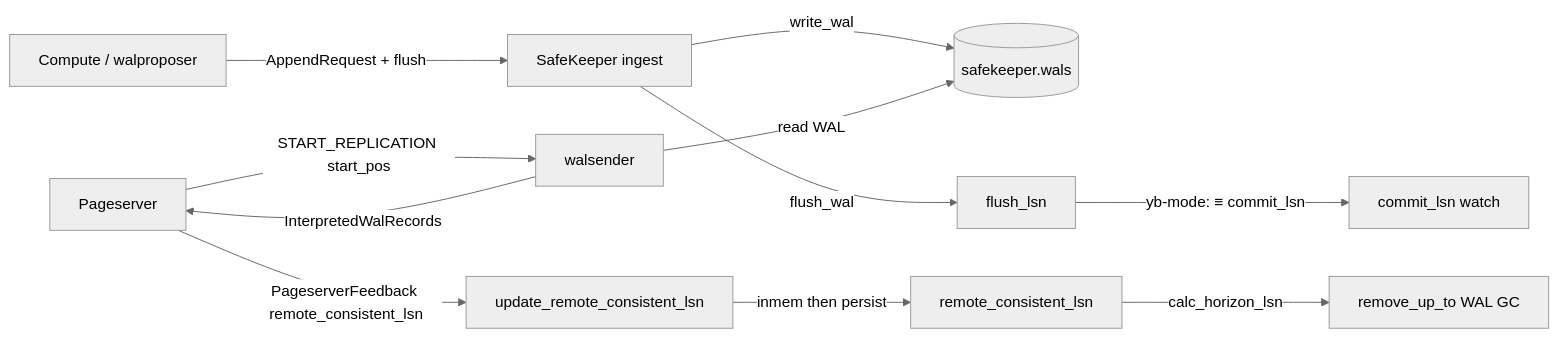
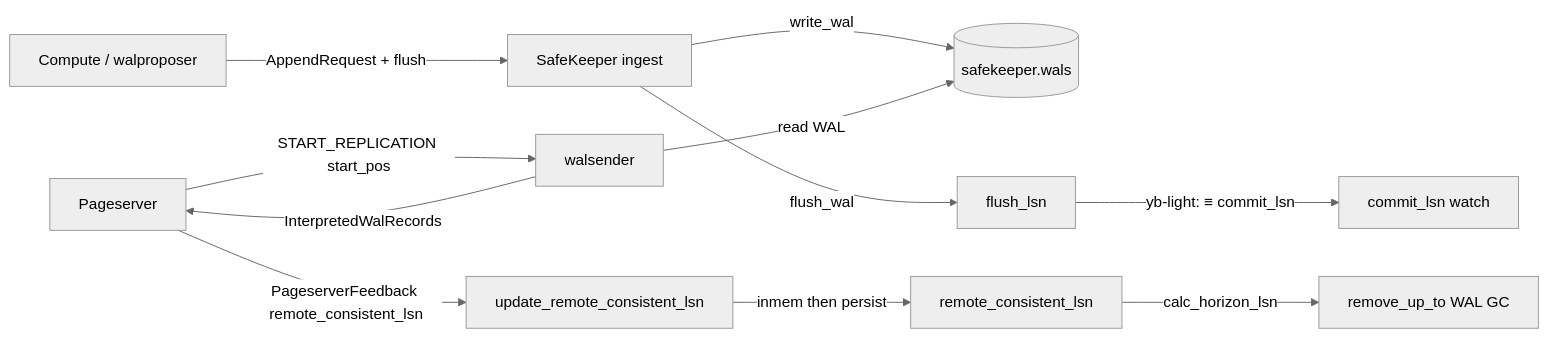
One commit to yugabyte/meko changed the diagram in architecture/safekeeper-lsns.md. Above: the diagram before and after it, drawn with Mermaid (neutral theme). The commit also changed other lines of this file and 35 other files, not shown here.

First line of the commit message:
docs: say "yb-light", not "yb-mode", in comments and docs

````diff
--- a/architecture/safekeeper-lsns.md
+++ b/architecture/safekeeper-lsns.md
@@ -25,13 +25,13 @@
 ```mermaid
 flowchart LR
     COMP[Compute / walproposer] -->|AppendRequest + flush| SK_ING[SafeKeeper ingest]
     SK_ING -->|write_wal| YB_WAL[(safekeeper.wals)]
     SK_ING -->|flush_wal| FL[flush_lsn]
-    FL -->|yb-mode: ≡ commit_lsn| COMM[commit_lsn watch]
+    FL -->|yb-light: ≡ commit_lsn| COMM[commit_lsn watch]
     PS[Pageserver] -->|START_REPLICATION start_pos| WS[walsender]
     WS -->|read WAL| YB_WAL
     WS -->|InterpretedWalRecords| PS
     PS -->|PageserverFeedback remote_consistent_lsn| SK_FB[update_remote_consistent_lsn]
     SK_FB -->|inmem then persist| RCS[remote_consistent_lsn]
     RCS -->|calc_horizon_lsn| GC[remove_up_to WAL GC]
 ```
````
